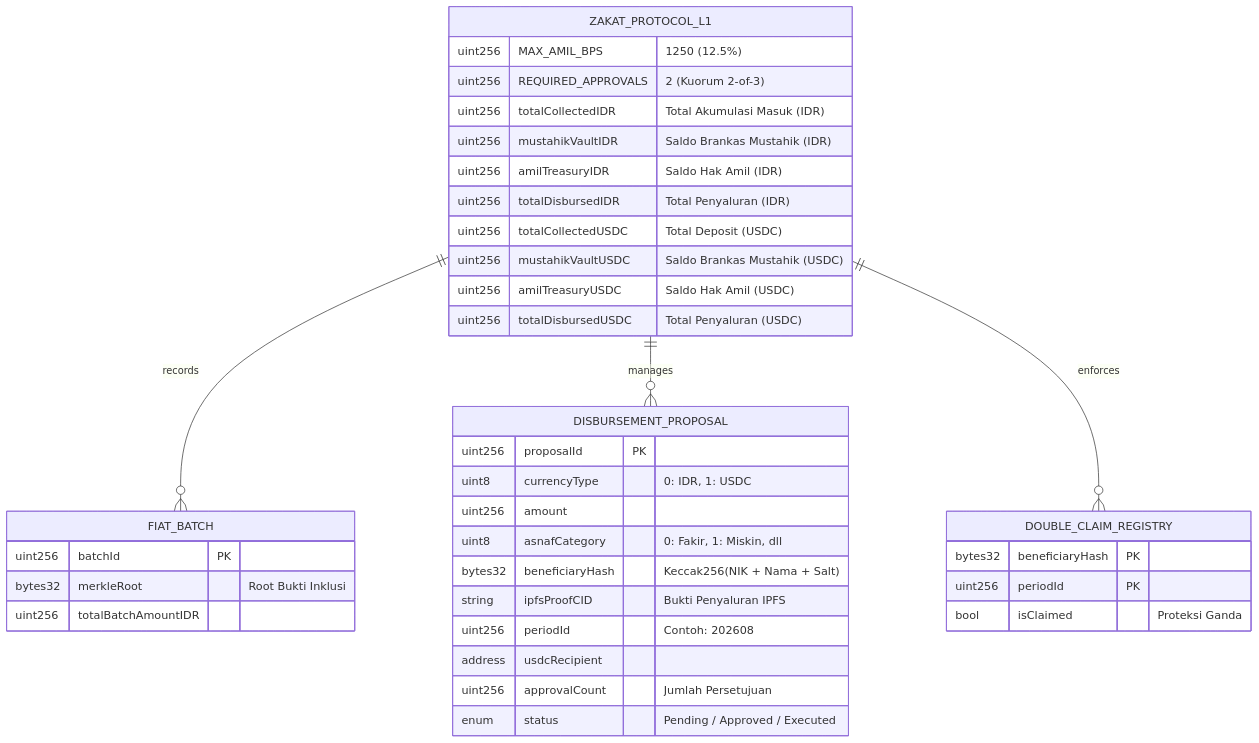
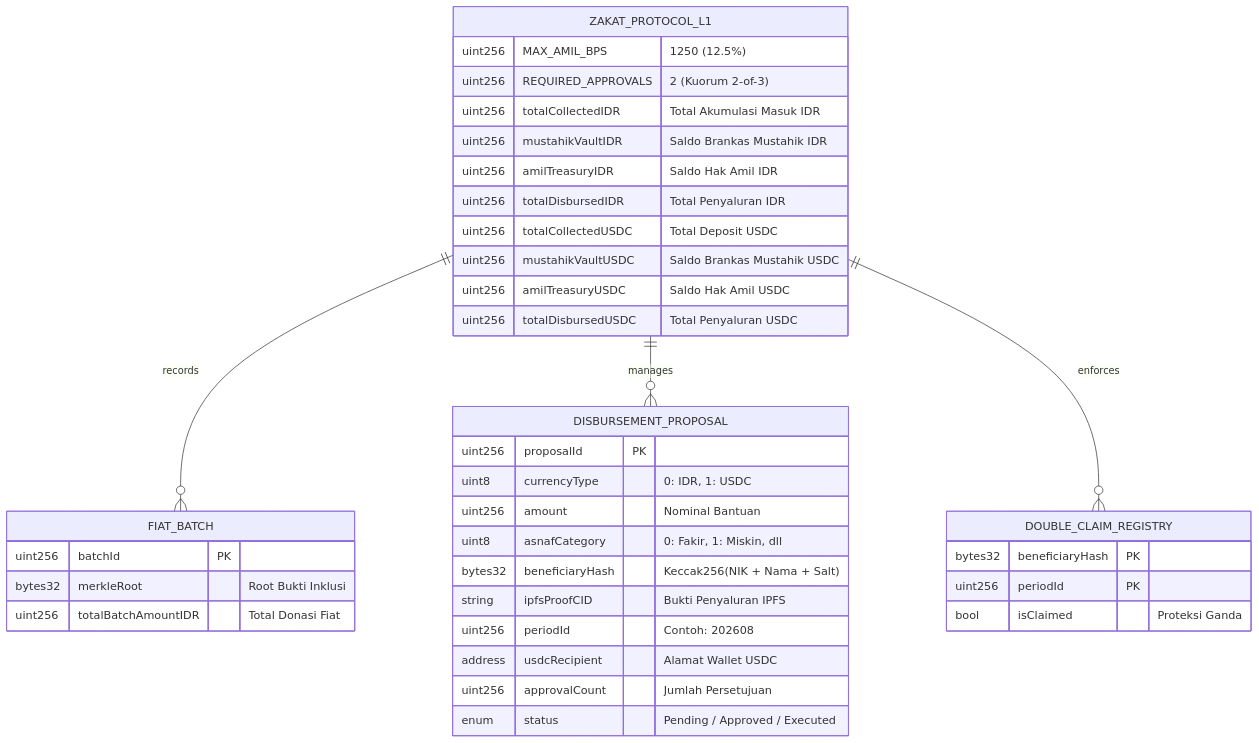
One commit to tawf-labs/tawf-zakat changed the sixth of 6 diagrams in FLOWCHART.md. Above: the diagram before and after it, drawn with Mermaid. The commit also changed other lines of this file, not shown here.

Commit message:
fix(docs): resolve Mermaid syntax errors in FLOWCHART.md

````diff
--- a/FLOWCHART.md
+++ b/FLOWCHART.md
@@ -221,44 +212,44 @@
 ```mermaid
 erDiagram
     ZAKAT_PROTOCOL_L1 ||--o{ FIAT_BATCH : records
     ZAKAT_PROTOCOL_L1 ||--o{ DISBURSEMENT_PROPOSAL : manages
     ZAKAT_PROTOCOL_L1 ||--o{ DOUBLE_CLAIM_REGISTRY : enforces
 
     ZAKAT_PROTOCOL_L1 {
         uint256 MAX_AMIL_BPS "1250 (12.5%)"
         uint256 REQUIRED_APPROVALS "2 (Kuorum 2-of-3)"
-        uint256 totalCollectedIDR "Total Akumulasi Masuk (IDR)"
-        uint256 mustahikVaultIDR "Saldo Brankas Mustahik (IDR)"
-        uint256 amilTreasuryIDR "Saldo Hak Amil (IDR)"
-        uint256 totalDisbursedIDR "Total Penyaluran (IDR)"
-        uint256 totalCollectedUSDC "Total Deposit (USDC)"
-        uint256 mustahikVaultUSDC "Saldo Brankas Mustahik (USDC)"
-        uint256 amilTreasuryUSDC "Saldo Hak Amil (USDC)"
-        uint256 totalDisbursedUSDC "Total Penyaluran (USDC)"
+        uint256 totalCollectedIDR "Total Akumulasi Masuk IDR"
+        uint256 mustahikVaultIDR "Saldo Brankas Mustahik IDR"
+        uint256 amilTreasuryIDR "Saldo Hak Amil IDR"
+        uint256 totalDisbursedIDR "Total Penyaluran IDR"
+        uint256 totalCollectedUSDC "Total Deposit USDC"
+        uint256 mustahikVaultUSDC "Saldo Brankas Mustahik USDC"
+        uint256 amilTreasuryUSDC "Saldo Hak Amil USDC"
+        uint256 totalDisbursedUSDC "Total Penyaluran USDC"
     }
 
     FIAT_BATCH {
         uint256 batchId PK
         bytes32 merkleRoot "Root Bukti Inklusi"
-        uint256 totalBatchAmountIDR
+        uint256 totalBatchAmountIDR "Total Donasi Fiat"
     }
 
     DISBURSEMENT_PROPOSAL {
         uint256 proposalId PK
         uint8 currencyType "0: IDR, 1: USDC"
-        uint256 amount
+        uint256 amount "Nominal Bantuan"
         uint8 asnafCategory "0: Fakir, 1: Miskin, dll"
         bytes32 beneficiaryHash "Keccak256(NIK + Nama + Salt)"
         string ipfsProofCID "Bukti Penyaluran IPFS"
         uint256 periodId "Contoh: 202608"
-        address usdcRecipient
+        address usdcRecipient "Alamat Wallet USDC"
         uint256 approvalCount "Jumlah Persetujuan"
         enum status "Pending / Approved / Executed"
     }
 
     DOUBLE_CLAIM_REGISTRY {
         bytes32 beneficiaryHash PK
         uint256 periodId PK
         bool isClaimed "Proteksi Ganda"
     }
 ```
````
